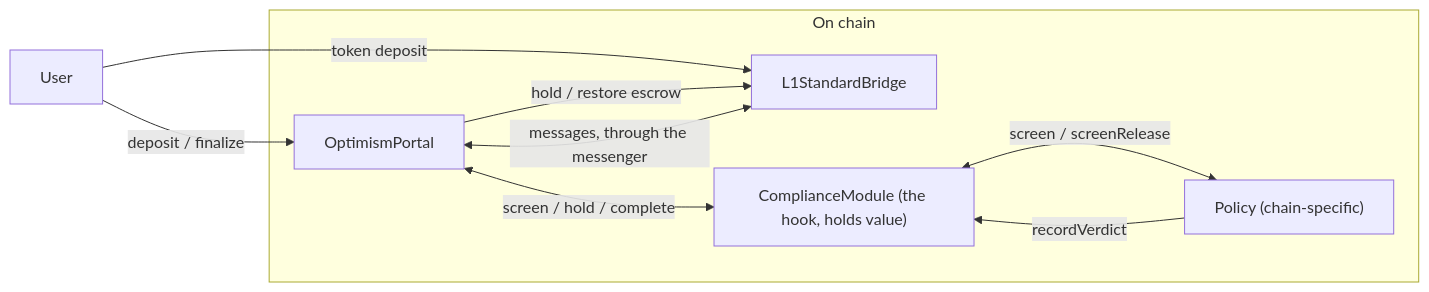
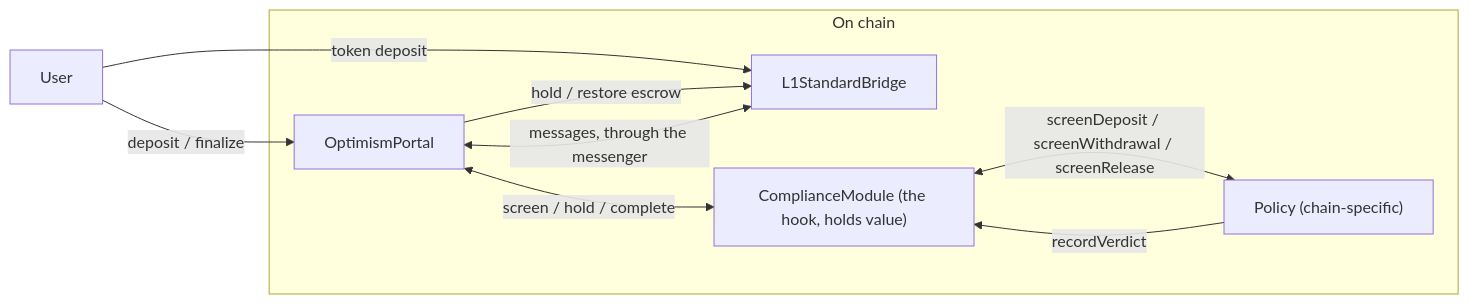
One commit to ethereum-optimism/specs changed the first of 2 diagrams in specs/experimental/compliance/overview.md. Above: the diagram before and after it, drawn with Mermaid. The commit also changed 2 other files, not shown here.

Commit message:
compliance: split the policy screen calls by direction

````diff
--- a/specs/experimental/compliance/overview.md
+++ b/specs/experimental/compliance/overview.md
@@ -103,23 +103,23 @@
 ```mermaid
 graph LR
     U[User]
     OP[OptimismPortal]
     SB[L1StandardBridge]
     CM["ComplianceModule (the hook, holds value)"]
     POL["Policy (chain-specific)"]
 
     subgraph onchain [On chain]
         OP
         SB
         CM
         POL
     end
 
     U -->|deposit / finalize| OP
     U -->|token deposit| SB
     SB <-->|"messages, through the messenger"| OP
     OP -->|"hold / restore escrow"| SB
     OP <-->|"screen / hold / complete"| CM
-    CM <-->|"screen / screenRelease"| POL
+    CM <-->|"screenDeposit / screenWithdrawal / screenRelease"| POL
     POL -->|recordVerdict| CM
 ```
````
